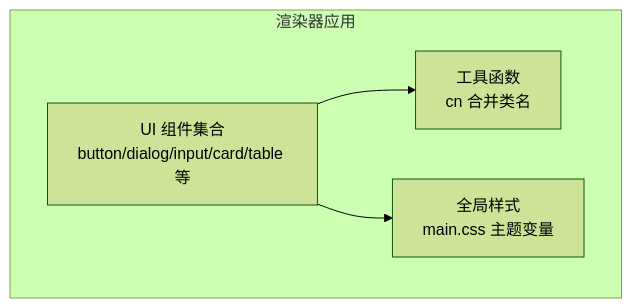
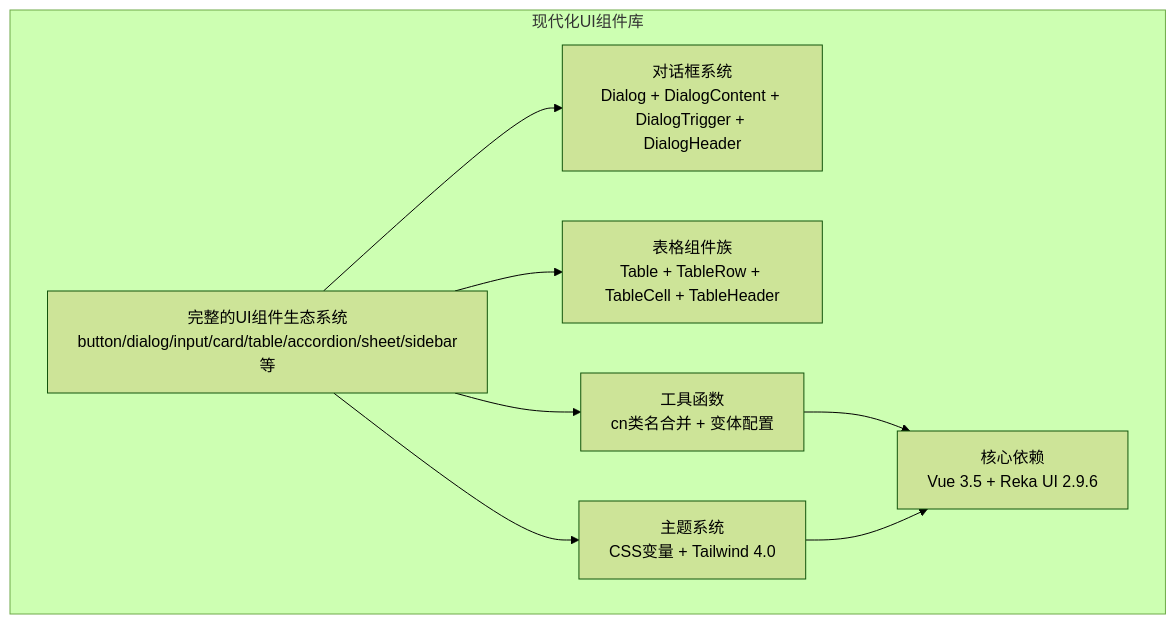
The first of 3 diagrams in .qoder/repowiki/zh/content/前端应用/UI组件库/UI组件库.md (hipig/autoOps), drawn with Mermaid (forest theme) before and after one commit. The commit also changed other lines of this file and 37 other files, not shown here.

````diff
--- a/.qoder/repowiki/zh/content/前端应用/UI组件库/UI组件库.md
+++ b/.qoder/repowiki/zh/content/前端应用/UI组件库/UI组件库.md
@@ -37,10 +52,17 @@
 ```mermaid
 graph TB
-subgraph "渲染器应用"
-UI["UI 组件集合<br/>button/dialog/input/card/table 等"]
-Utils["工具函数<br/>cn 合并类名"]
-Styles["全局样式<br/>main.css 主题变量"]
+subgraph "现代化UI组件库"
+UI["完整的UI组件生态系统<br/>button/dialog/input/card/table/accordion/sheet/sidebar等"]
+Dialog["对话框系统<br/>Dialog + DialogContent + DialogTrigger + DialogHeader"]
+Table["表格组件族<br/>Table + TableRow + TableCell + TableHeader"]
+Utils["工具函数<br/>cn类名合并 + 变体配置"]
+Styles["主题系统<br/>CSS变量 + Tailwind 4.0"]
+Core["核心依赖<br/>Vue 3.5 + Reka UI 2.9.6"]
 end
+UI --> Dialog
+UI --> Table
 UI --> Utils
 UI --> Styles
+Utils --> Core
+Styles --> Core
 ```
````
